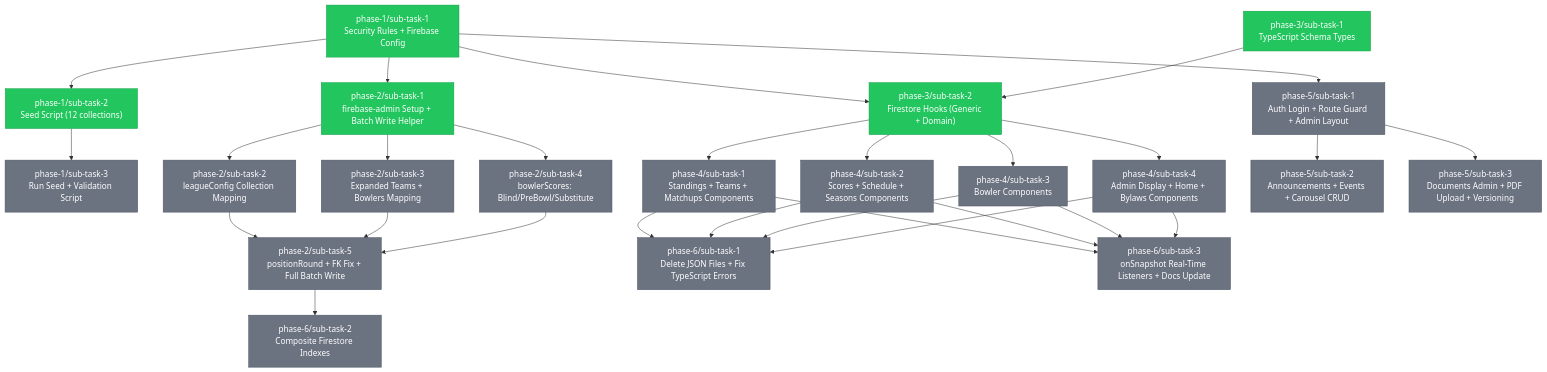
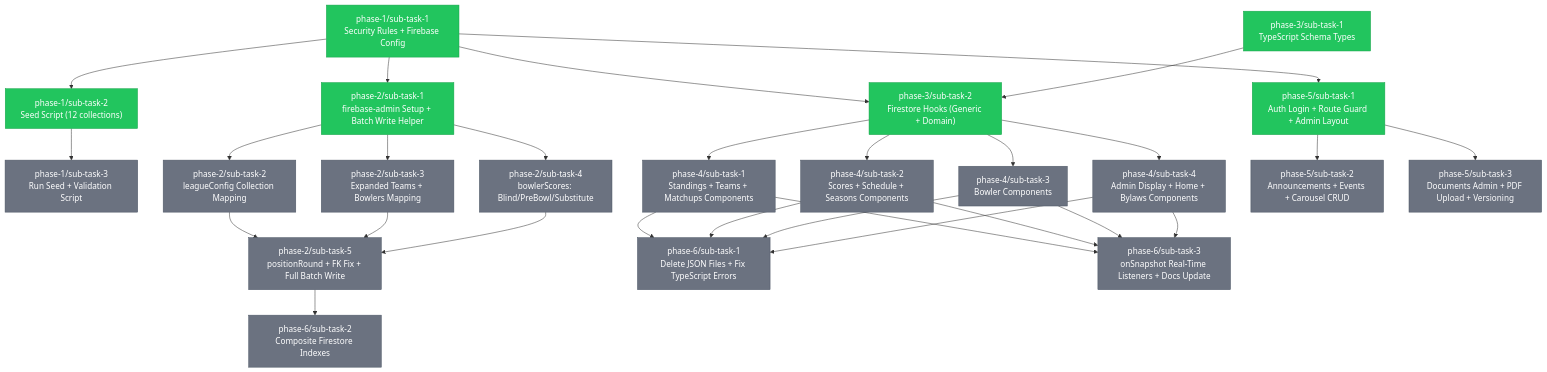
Before and after one commit to Bagwell-Oil-Imaging/late-night-happy-hour-league-site: the diagram in .claude/tasks/TASKS.md, drawn with Mermaid. The commit also changed other lines of this file, not shown here.

```diff
--- a/.claude/tasks/TASKS.md
+++ b/.claude/tasks/TASKS.md
@@ -98,7 +98,7 @@
     class P4S2 pending
     class P4S3 pending
     class P4S4 pending
-    class P5S1 pending
+    class P5S1 completed
     class P5S2 pending
     class P5S3 pending
     class P6S1 pending
```
